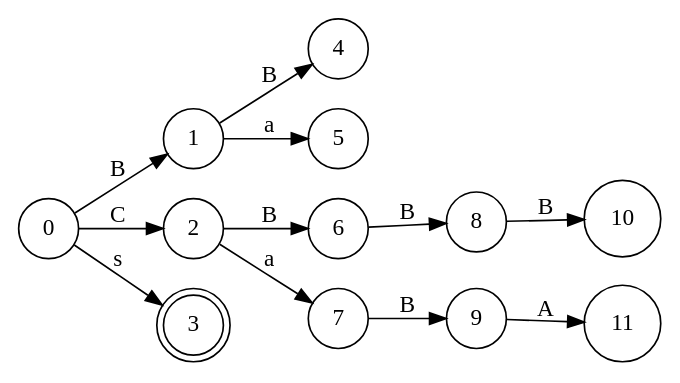
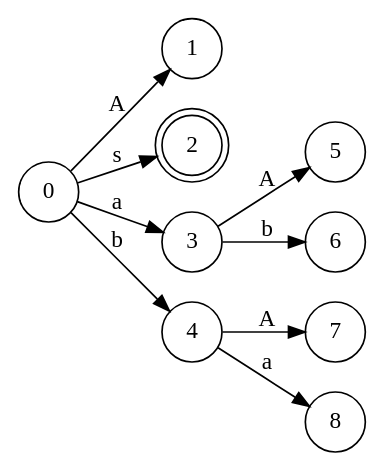
One commit to emiliosolanoo21/parserSLR changed the diagram in LR0_.gv. Above: the diagram before and after it, drawn with Graphviz. The commit also changed 15 other files, not shown here.

```diff
--- a/LR0_.gv
+++ b/LR0_.gv
@@ -1,27 +1,21 @@
 // LR0
 digraph {
 	rankdir=LR
 	0 [label=0 shape=circle]
 	1 [label=1 shape=circle]
+	0 -> 1 [label=A]
+	2 [label=2 shape=doublecircle]
+	0 -> 2 [label=s]
+	3 [label=3 shape=circle]
+	5 [label=5 shape=circle]
+	3 -> 5 [label=A]
+	6 [label=6 shape=circle]
+	3 -> 6 [label=b]
+	0 -> 3 [label=a]
 	4 [label=4 shape=circle]
-	1 -> 4 [label=B]
-	5 [label=5 shape=circle]
-	1 -> 5 [label=a]
-	0 -> 1 [label=B]
-	2 [label=2 shape=circle]
-	6 [label=6 shape=circle]
+	7 [label=7 shape=circle]
+	4 -> 7 [label=A]
 	8 [label=8 shape=circle]
-	10 [label=10 shape=circle]
-	8 -> 10 [label=B]
-	6 -> 8 [label=B]
-	2 -> 6 [label=B]
-	7 [label=7 shape=circle]
-	9 [label=9 shape=circle]
-	11 [label=11 shape=circle]
-	9 -> 11 [label=A]
-	7 -> 9 [label=B]
-	2 -> 7 [label=a]
-	0 -> 2 [label=C]
-	3 [label=3 shape=doublecircle]
-	0 -> 3 [label=s]
+	4 -> 8 [label=a]
+	0 -> 4 [label=b]
 }
```
